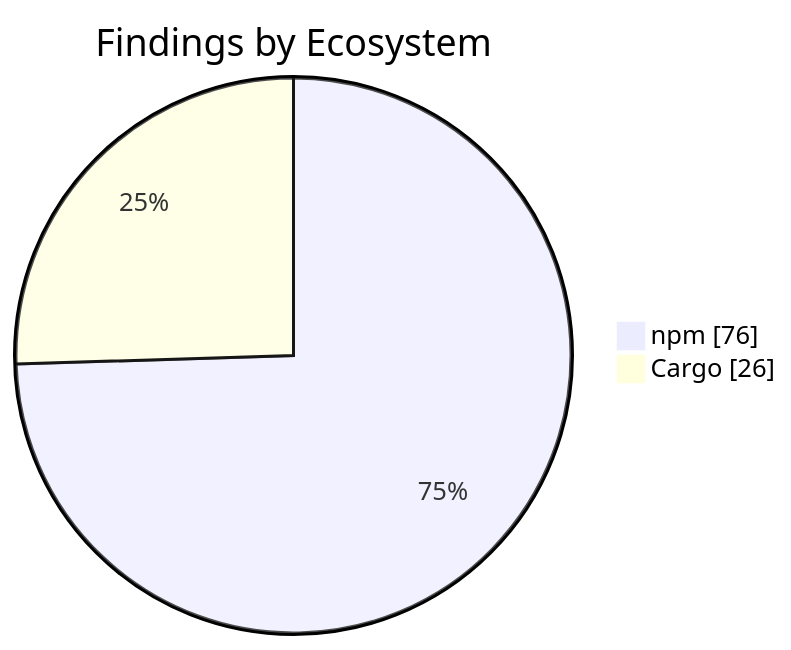
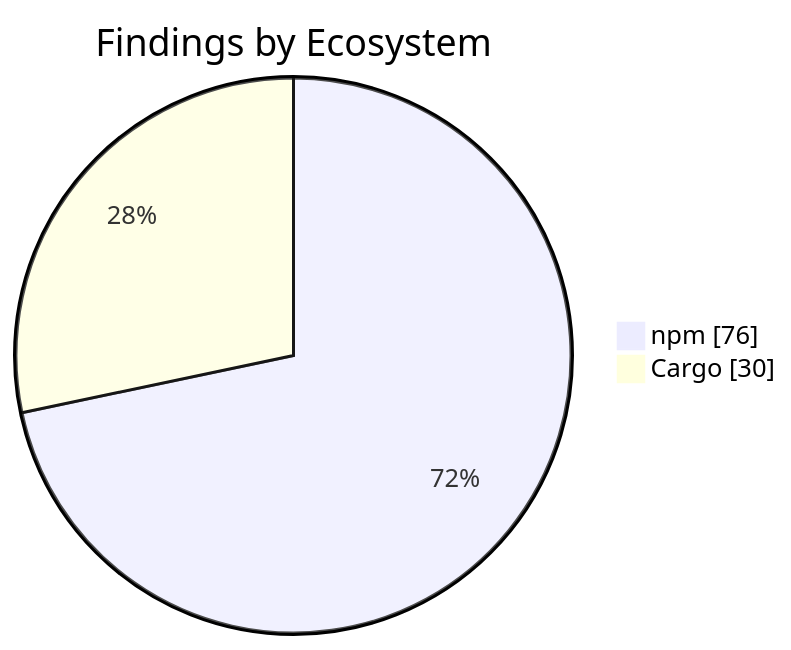
The second of 2 diagrams in apps/kbve/astro-kbve/src/content/docs/dashboard/security.mdx (KBVE/kbve), drawn with Mermaid before and after one commit. The commit also changed other lines of this file and 8 other files, not shown here.

````diff
--- a/apps/kbve/astro-kbve/src/content/docs/dashboard/security.mdx
+++ b/apps/kbve/astro-kbve/src/content/docs/dashboard/security.mdx
@@ -73,6 +73,6 @@
 ```mermaid
 pie showData
     title Findings by Ecosystem
     "npm" : 76
-    "Cargo" : 26
+    "Cargo" : 30
 ```
````
